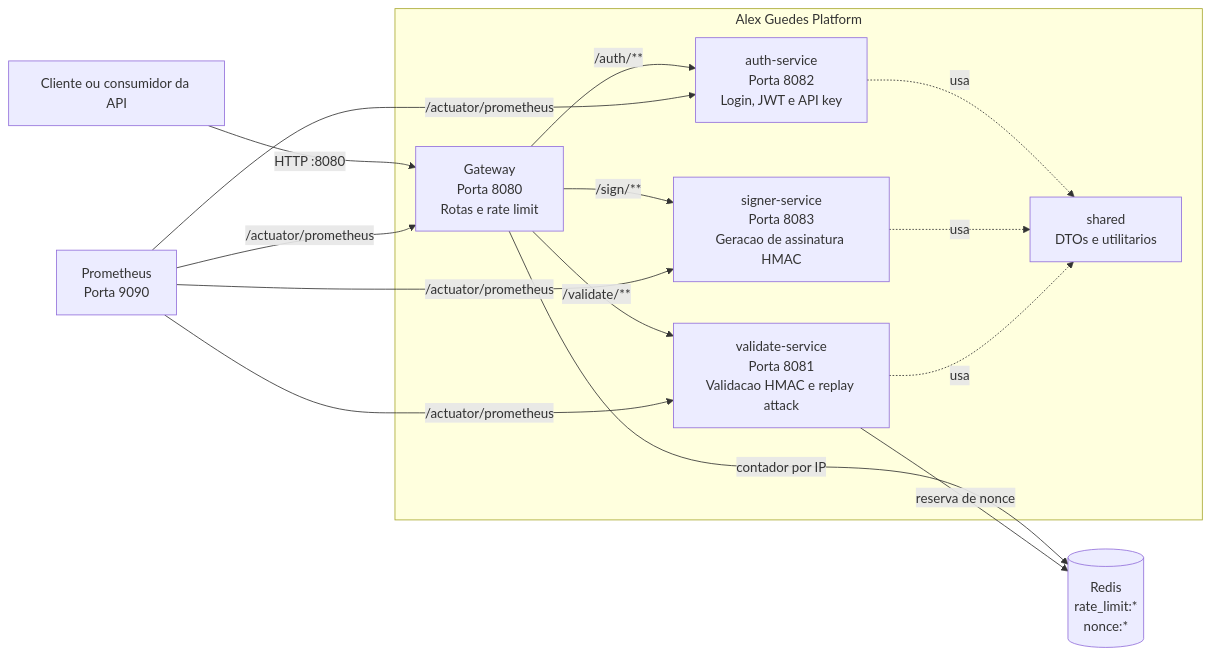
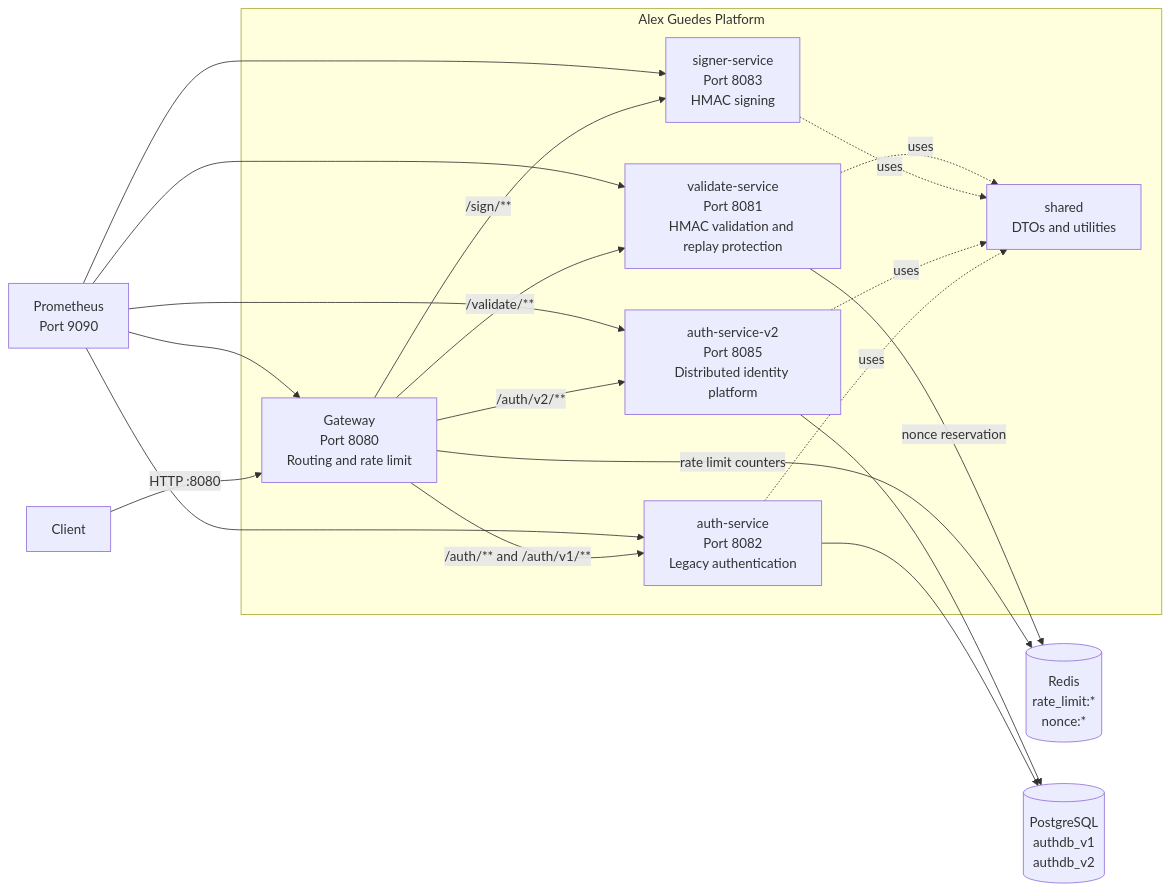
Before and after one commit to AlexGuedesSilva/alexguedes-platform: the diagram in README.md, drawn with Mermaid. The commit also changed other lines of this file and 11 other files, not shown here.

````diff
--- a/README.md
+++ b/README.md
@@ -9,31 +9,38 @@
 ```mermaid
 flowchart LR
-    Client[Cliente ou consumidor da API]
+    Client[Client]
 
     subgraph Platform[Alex Guedes Platform]
-        Gateway[Gateway<br/>Porta 8080<br/>Rotas e rate limit]
-        Auth[auth-service<br/>Porta 8082<br/>Login, JWT e API key]
-        Signer[signer-service<br/>Porta 8083<br/>Geracao de assinatura HMAC]
-        Validate[validate-service<br/>Porta 8081<br/>Validacao HMAC e replay attack]
-        Shared[shared<br/>DTOs e utilitarios]
+        Gateway[Gateway<br/>Port 8080<br/>Routing and rate limit]
+        AuthV1[auth-service<br/>Port 8082<br/>Legacy authentication]
+        AuthV2[auth-service-v2<br/>Port 8085<br/>Distributed identity platform]
+        Signer[signer-service<br/>Port 8083<br/>HMAC signing]
+        Validate[validate-service<br/>Port 8081<br/>HMAC validation and replay protection]
+        Shared[shared<br/>DTOs and utilities]
     end
 
     Redis[(Redis<br/>rate_limit:*<br/>nonce:* )]
-    Prometheus[Prometheus<br/>Porta 9090]
+    Postgres[(PostgreSQL<br/>authdb_v1<br/>authdb_v2)]
+    Prometheus[Prometheus<br/>Port 9090]
 
     Client -->|HTTP :8080| Gateway
-    Gateway -->|/auth/**| Auth
+    Gateway -->|/auth/** and /auth/v1/**| AuthV1
+    Gateway -->|/auth/v2/**| AuthV2
     Gateway -->|/sign/**| Signer
     Gateway -->|/validate/**| Validate
-    Gateway -->|contador por IP| Redis
-    Validate -->|reserva de nonce| Redis
+    Gateway -->|rate limit counters| Redis
+    Validate -->|nonce reservation| Redis
+    AuthV1 --> Postgres
+    AuthV2 --> Postgres
 
-    Auth -. usa .-> Shared
-    Signer -. usa .-> Shared
-    Validate -. usa .-> Shared
+    AuthV1 -. uses .-> Shared
+    AuthV2 -. uses .-> Shared
+    Signer -. uses .-> Shared
+    Validate -. uses .-> Shared
 
-    Prometheus -->|/actuator/prometheus| Gateway
-    Prometheus -->|/actuator/prometheus| Auth
-    Prometheus -->|/actuator/prometheus| Signer
-    Prometheus -->|/actuator/prometheus| Validate
+    Prometheus --> Gateway
+    Prometheus --> AuthV1
+    Prometheus --> AuthV2
+    Prometheus --> Signer
+    Prometheus --> Validate
 ```
````
